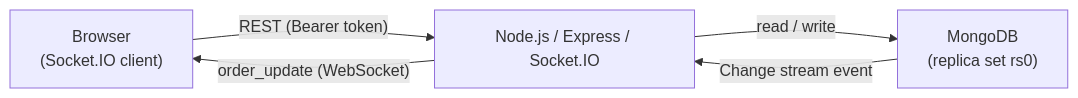
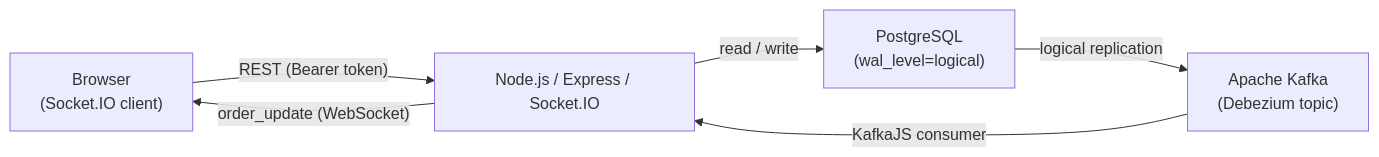
The diagram in README.md (Vedant24v/order-monitor-realtime), drawn with Mermaid before and after one commit. The commit also changed other lines of this file, not shown here.

First line of the commit message:
docs: rewrite README for PostgreSQL + Debezium + Kafka stack

````diff
--- a/README.md
+++ b/README.md
@@ -34,11 +39,13 @@
 ```mermaid
 flowchart LR
     Browser["Browser\n(Socket.IO client)"]
     Server["Node.js / Express / Socket.IO"]
-    Mongo["MongoDB\n(replica set rs0)"]
+    Kafka["Apache Kafka\n(Debezium topic)"]
+    Postgres["PostgreSQL\n(wal_level=logical)"]
 
     Browser -- "REST (Bearer token)" --> Server
     Server -- "order_update (WebSocket)" --> Browser
-    Mongo -- "Change stream event" --> Server
-    Server -- "read / write" --> Mongo
+    Postgres -- "logical replication" --> Kafka
+    Kafka -- "KafkaJS consumer" --> Server
+    Server -- "read / write" --> Postgres
 ```
````
